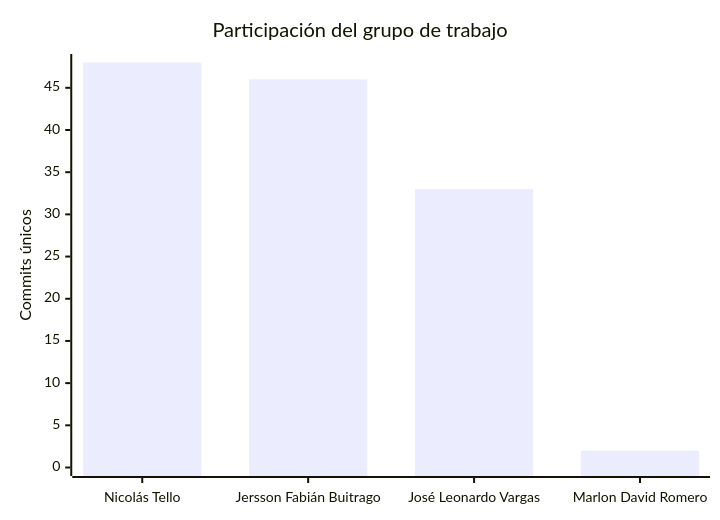
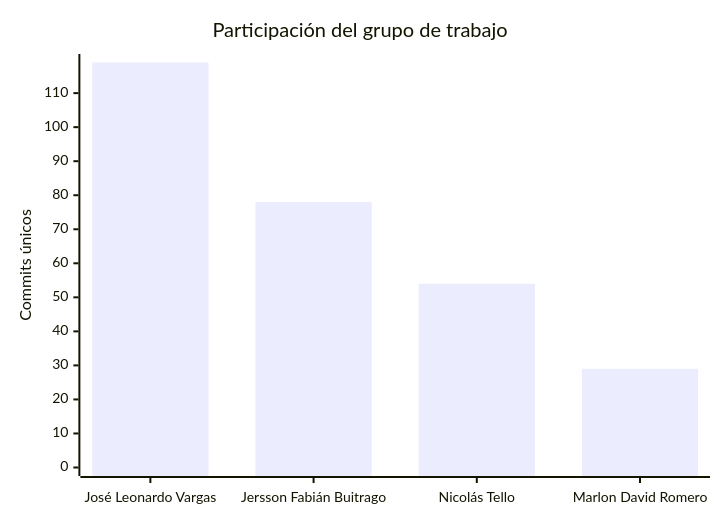
One commit to FarmaExpres/FarmaExpres changed the second of 2 diagrams in README.md. Above: the diagram before and after it, drawn with Mermaid. The commit also changed other lines of this file and 1 other file, not shown here.

````diff
--- a/README.md
+++ b/README.md
@@ -401,7 +401,7 @@
 ```mermaid
 xychart-beta
     title "Participación del grupo de trabajo"
-    x-axis ["Nicolás Tello", "Jersson Fabián Buitrago", "José Leonardo Vargas", "Marlon David Romero"]
-    y-axis "Commits únicos" 0 --> 48
-    bar [48, 46, 33, 2]
+    x-axis ["José Leonardo Vargas", "Jersson Fabián Buitrago", "Nicolás Tello", "Marlon David Romero"]
+    y-axis "Commits únicos" 0 --> 119
+    bar [119, 78, 54, 29]
 ```
````
